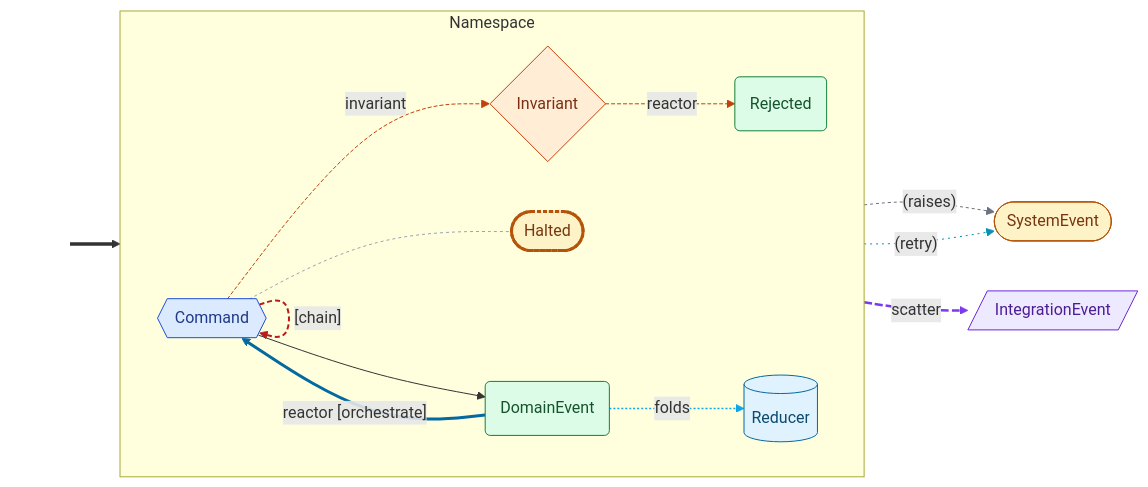
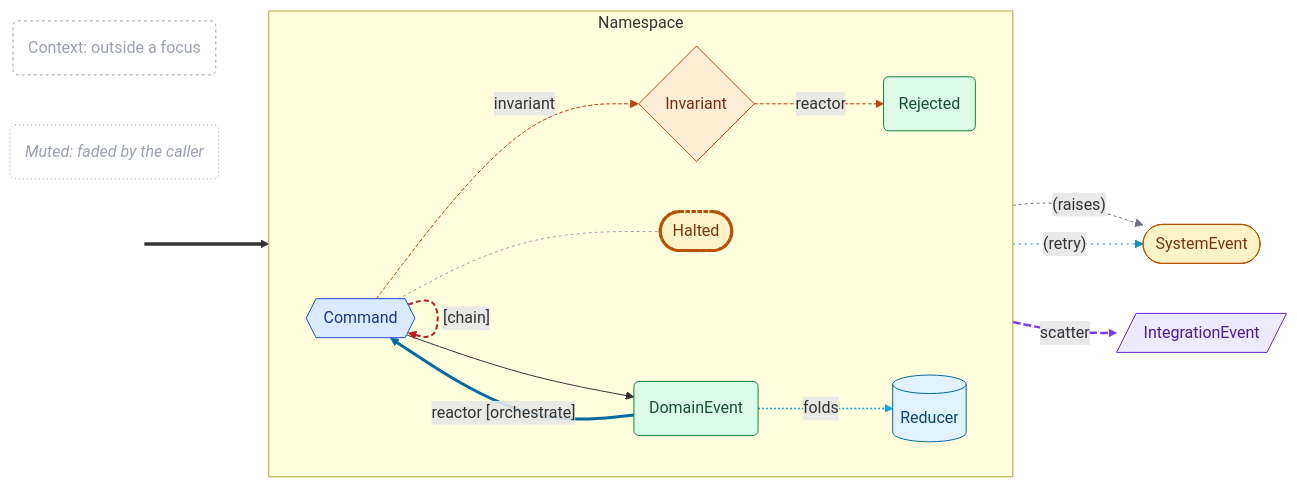
The first of 8 diagrams in docs/patterns.md (cadance-io/langgraph-events), drawn with Mermaid before and after one commit. The commit also changed 14 other files, not shown here.

First line of the commit message:
docs: style faded nodes apart, and document focused diagrams

````diff
--- a/docs/patterns.md
+++ b/docs/patterns.md
@@ -19,40 +19,44 @@
 ```mermaid
 graph LR
     classDef entry fill:none,stroke:none,color:none
     classDef cmd fill:#dbeafe,stroke:#1d4ed8,color:#1e3a8a
     classDef devt fill:#dcfce7,stroke:#15803d,color:#14532d
     classDef intg fill:#ede9fe,stroke:#6d28d9,color:#4c1d95
     classDef syst fill:#fef3c7,stroke:#b45309,color:#78350f
     classDef halt fill:#fef3c7,stroke:#b45309,color:#78350f,stroke-width:3px,stroke-dasharray:4 2
     classDef inv fill:#ffedd5,stroke:#c2410c,color:#7c2d12
     classDef reducer fill:#e0f2fe,stroke:#0369a1,color:#0c4a6e
+    classDef ctx fill:none,stroke:#9ca3af,color:#9ca3af,stroke-dasharray:3 3
+    classDef muted fill:none,stroke:#9ca3af,color:#9ca3af,stroke-dasharray:1 3,font-style:italic
     subgraph Example["Namespace"]
       direction LR
       Command{{Command}}:::cmd
       DomainEvent(DomainEvent):::devt
       Halted([Halted]):::halt
       Invariant{Invariant}:::inv
       Rejected(Rejected):::devt
       Reducer[(Reducer)]:::reducer
     end
     IntegrationEvent[/IntegrationEvent/]:::intg
     SystemEvent([SystemEvent]):::syst
+    Context(Context: outside a focus):::ctx
+    Muted(Muted: faded by the caller):::muted
     _seed_[ ]:::entry ==> Command
     Command --> DomainEvent
     Command -.->|"(raises)"| SystemEvent
     Command -.->|scatter| IntegrationEvent
     Command -.- Halted
     Command -.->|invariant| Invariant -.->|reactor| Rejected
     DomainEvent -->|"reactor [orchestrate]"| Command
     Command -->|"[chain]"| Command
     Command -.->|"(retry)"| SystemEvent
     DomainEvent -.->|folds| Reducer
     linkStyle 2 stroke:#6b7280,stroke-dasharray:3 3
     linkStyle 3 stroke:#7c3aed,stroke-width:2.5px,stroke-dasharray:8 3
     linkStyle 4 stroke:#9ca3af,stroke-dasharray:3 3
     linkStyle 5,6 stroke:#c2410c,stroke-dasharray:4 2
     linkStyle 7 stroke:#0369a1,stroke-width:3px
     linkStyle 8 stroke:#b91c1c,stroke-width:2px,stroke-dasharray:5 3
     linkStyle 9 stroke:#0891b2,stroke-dasharray:2 4
     linkStyle 10 stroke:#0ea5e9,stroke-width:1.5px,stroke-dasharray:2 2
 ```
````
